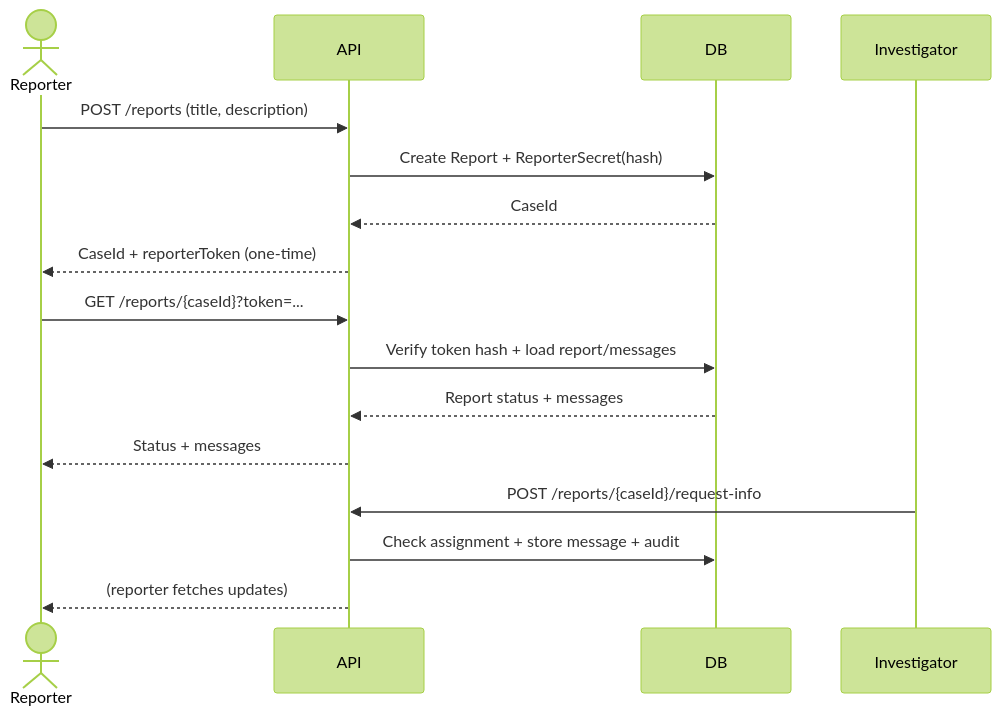
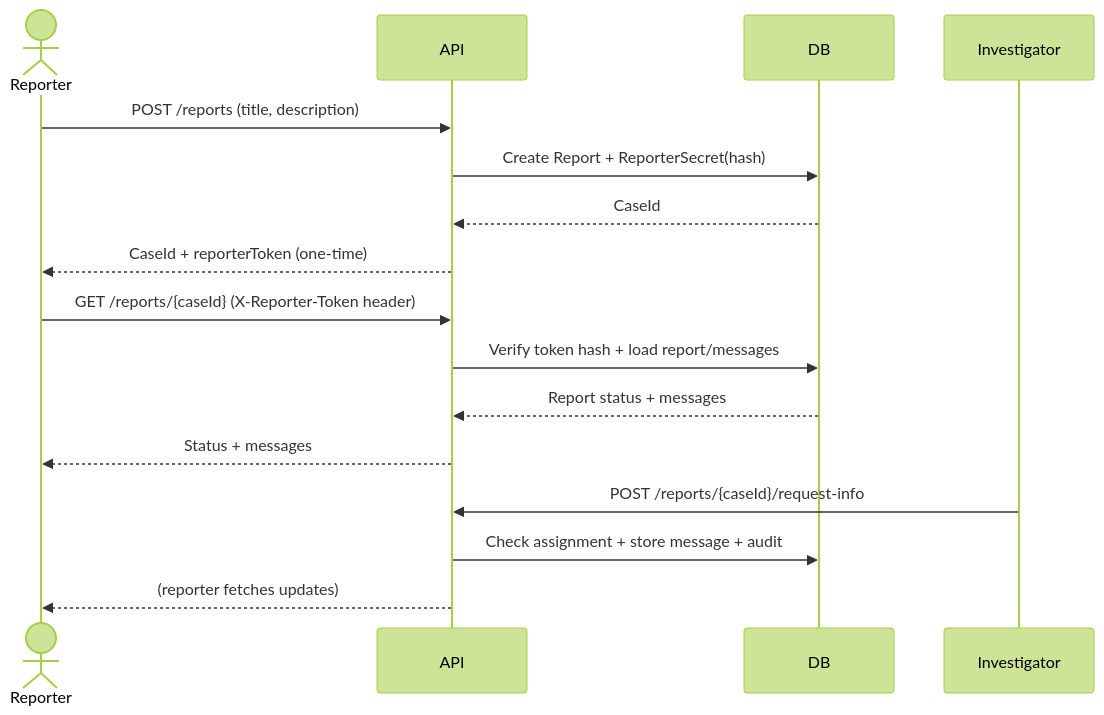
Before and after one commit to obeejohnkanobi/whistleblowerNews: the first of 2 diagrams in docs/whistleblower-design.md, drawn with Mermaid (forest theme). The commit also changed other lines of this file and 9 other files, not shown here.

````diff
--- a/docs/whistleblower-design.md
+++ b/docs/whistleblower-design.md
@@ -38,21 +61,21 @@
 ```mermaid
 sequenceDiagram
     actor Reporter
     participant API
     participant DB
     participant Investigator
 
     Reporter->>API: POST /reports (title, description)
     API->>DB: Create Report + ReporterSecret(hash)
     DB-->>API: CaseId
     API-->>Reporter: CaseId + reporterToken (one-time)
 
-    Reporter->>API: GET /reports/{caseId}?token=...
+    Reporter->>API: GET /reports/{caseId} (X-Reporter-Token header)
     API->>DB: Verify token hash + load report/messages
     DB-->>API: Report status + messages
     API-->>Reporter: Status + messages
 
     Investigator->>API: POST /reports/{caseId}/request-info
     API->>DB: Check assignment + store message + audit
     API-->>Reporter: (reporter fetches updates)
 ```
````
